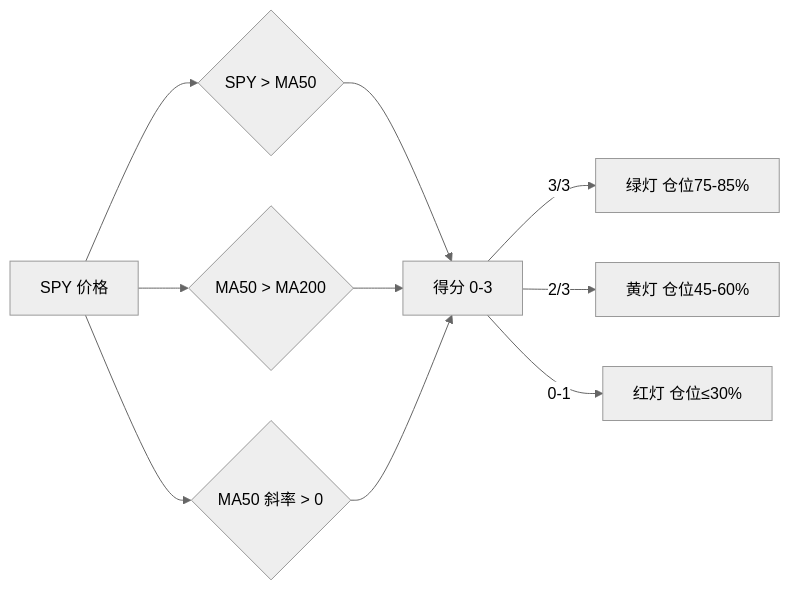
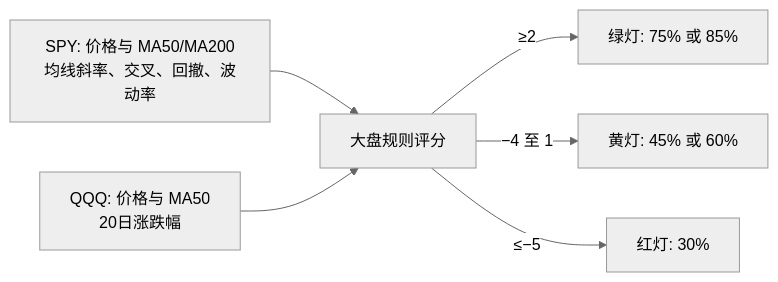
Before and after one commit to KAMCHIU-LAB/Stock_Monitor: the third of 4 diagrams in README_zh.md, drawn with Mermaid (neutral theme). The commit also changed other lines of this file and 34 other files, not shown here.

````diff
--- a/README_zh.md
+++ b/README_zh.md
@@ -127,12 +169,8 @@
 ```mermaid
 flowchart LR
-    SPY["SPY 价格"] --> C1{"SPY > MA50"}
-    SPY --> C2{"MA50 > MA200"}
-    SPY --> C3{"MA50 斜率 > 0"}
-    C1 --> S["得分 0-3"]
-    C2 --> S
-    C3 --> S
-    S --> |"3/3"| G["绿灯 仓位75-85%"]
-    S --> |"2/3"| Y["黄灯 仓位45-60%"]
-    S --> |"0-1"| R["红灯 仓位≤30%"]
+    SPY["SPY: 价格与 MA50/MA200\n均线斜率、交叉、回撤、波动率"] --> S["大盘规则评分"]
+    QQQ["QQQ: 价格与 MA50\n20日涨跌幅"] --> S
+    S --> |"≥2"| G["绿灯: 75% 或 85%"]
+    S --> |"−4 至 1"| Y["黄灯: 45% 或 60%"]
+    S --> |"≤−5"| R["红灯: 30%"]
 ```
````
